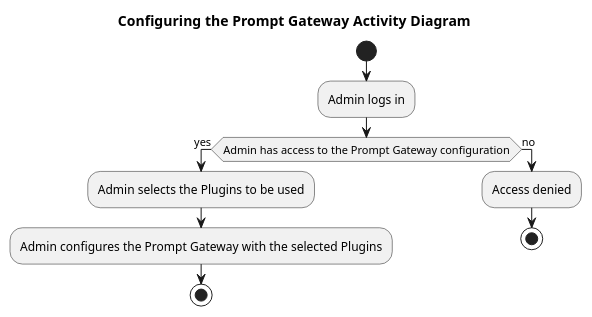
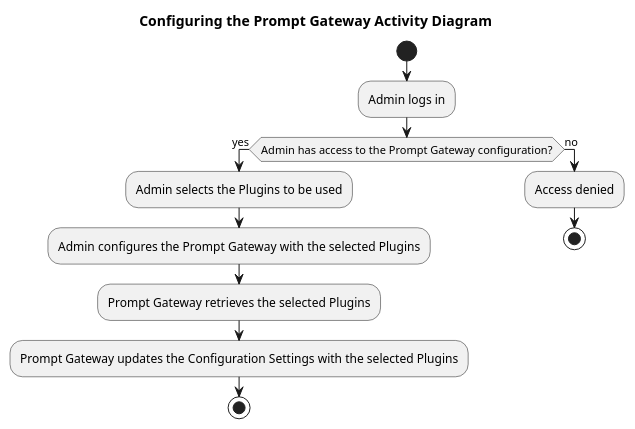
One commit to o2alexanderfedin/AI-demos changed diagram 14 of 21 in Design_Document_Prompt_Gateway_RESTful_API_LLM.md. Above: the diagram before and after it, drawn with PlantUML. The commit also changed other lines of this file, not shown here.

````diff
--- a/Design_Document_Prompt_Gateway_RESTful_API_LLM.md
+++ b/Design_Document_Prompt_Gateway_RESTful_API_LLM.md
@@ -460,18 +542,20 @@
 ```plantuml
 @startuml
 title Configuring the Prompt Gateway Activity Diagram
 
 start
 :Admin logs in;
 
-if (Admin has access to the Prompt Gateway configuration) then (yes)
+if (Admin has access to the Prompt Gateway configuration?) then (yes)
   :Admin selects the Plugins to be used;
   :Admin configures the Prompt Gateway with the selected Plugins;
+  :Prompt Gateway retrieves the selected Plugins;
+  :Prompt Gateway updates the Configuration Settings with the selected Plugins;
   stop
 else (no)
   :Access denied;
   stop
 endif
 
 @enduml
 ```
````
